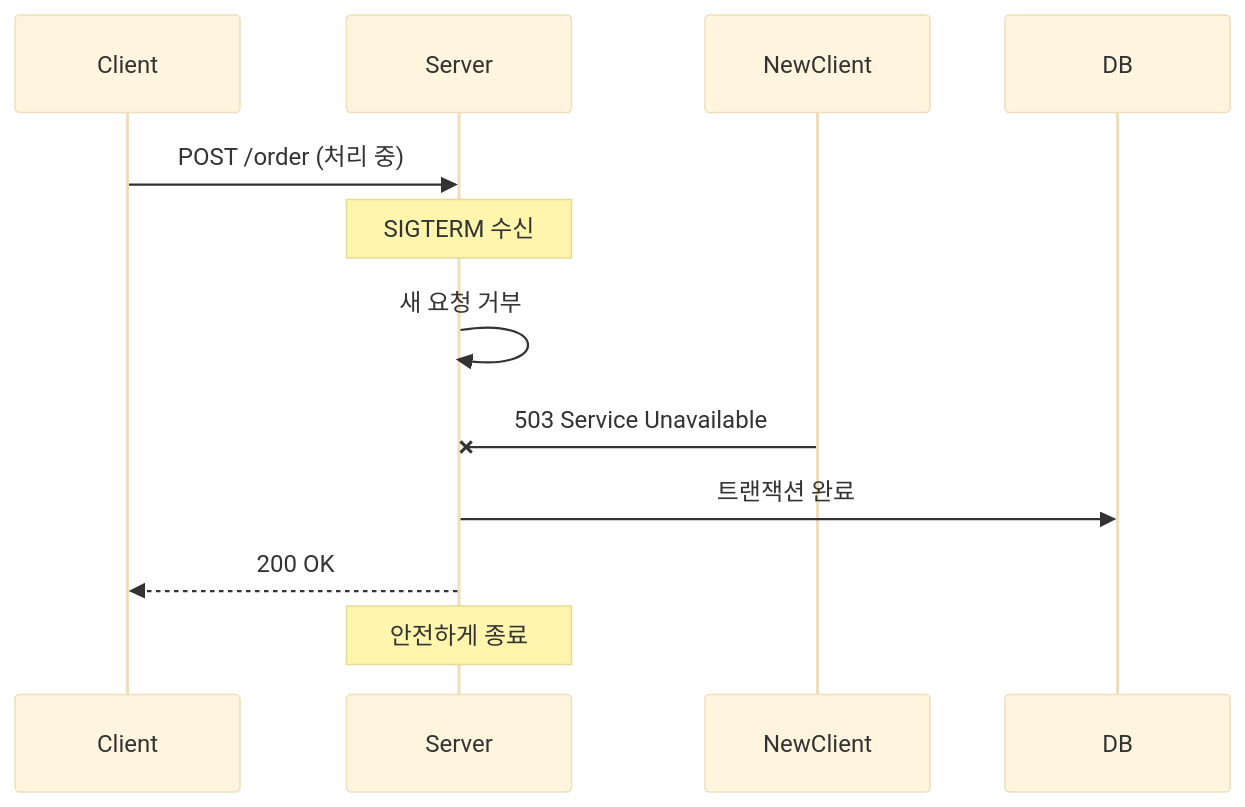
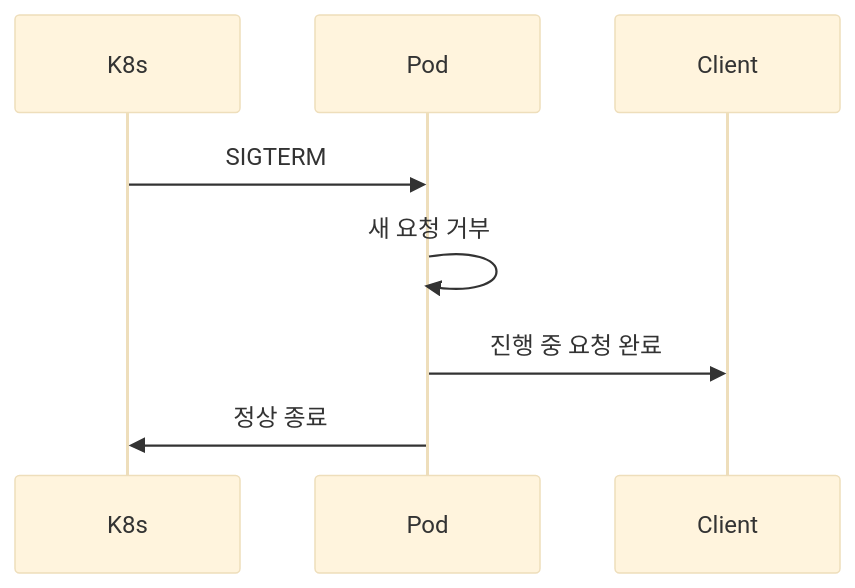
Before and after one commit to KimSeogyu/KimSeogyu.github.io: the third of 3 diagrams in src/content/backend/go/enterprise-go-2-http-server.md, drawn with Mermaid (base theme). The commit also changed other lines of this file and 7 other files, not shown here.

````diff
--- a/src/content/backend/go/enterprise-go-2-http-server.md
+++ b/src/content/backend/go/enterprise-go-2-http-server.md
@@ -142,15 +91,11 @@
 ```mermaid
 sequenceDiagram
+    participant K8s
+    participant Pod
     participant Client
-    participant Server
-    participant NewClient
-    participant DB
     
-    Client->>Server: POST /order (처리 중)
-    Note over Server: SIGTERM 수신
-    Server->>Server: 새 요청 거부
-    NewClient-xServer: 503 Service Unavailable
-    Server->>DB: 트랜잭션 완료
-    Server-->>Client: 200 OK
-    Note over Server: 안전하게 종료
+    K8s->>Pod: SIGTERM
+    Pod->>Pod: 새 요청 거부
+    Pod->>Client: 진행 중 요청 완료
+    Pod->>K8s: 정상 종료
 ```
````
